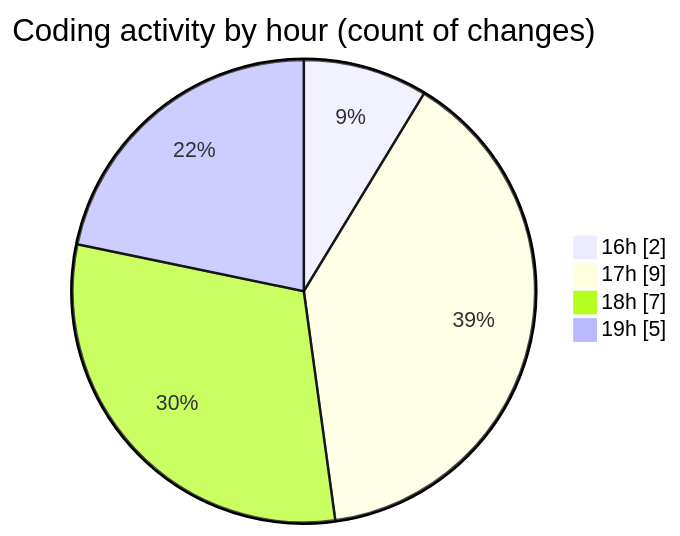
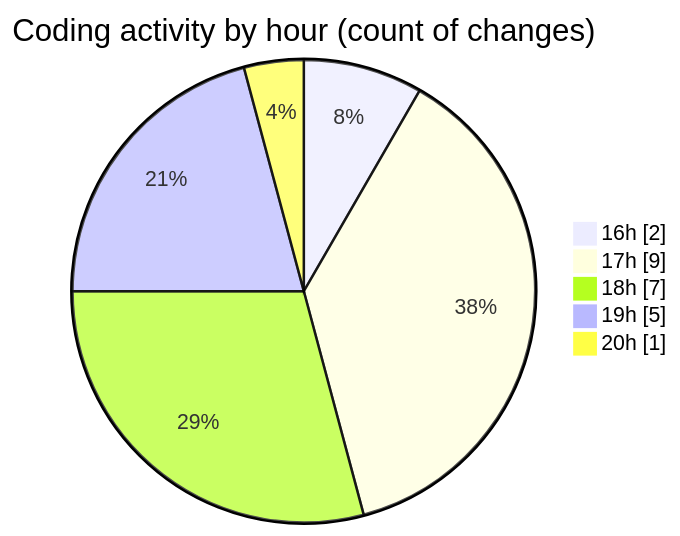
The second of 2 diagrams in 2026-05-14/nxtqube_webapp/README.md (nxtqubesakshisongat/code-tracking), drawn with Mermaid before and after one commit. The commit also changed other lines of this file and 1 other file, not shown here.

````diff
--- a/2026-05-14/nxtqube_webapp/README.md
+++ b/2026-05-14/nxtqube_webapp/README.md
@@ -32,8 +33,9 @@
 ```mermaid
 pie showData
 title Coding activity by hour (count of changes)
 "16h" : 2
 "17h" : 9
 "18h" : 7
 "19h" : 5
+"20h" : 1
 ```
````
